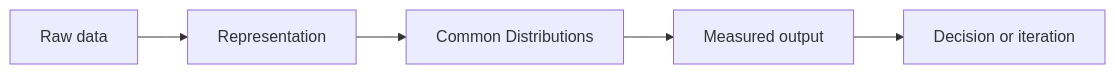
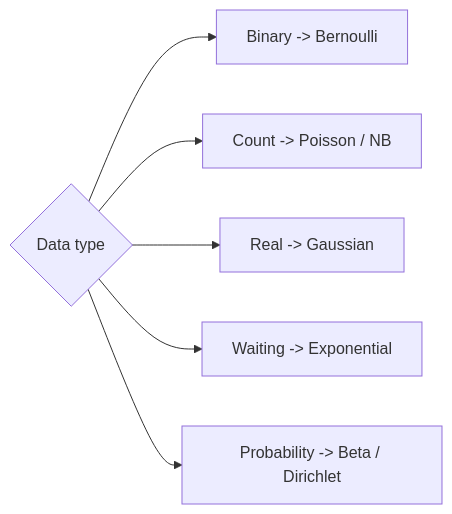
The diagram in statistics/03-common-distributions.md (Icon1cc/Machine-Learning), drawn with Mermaid before and after one commit. The commit also changed other lines of this file and 264 other files, not shown here.

````diff
--- a/statistics/03-common-distributions.md
+++ b/statistics/03-common-distributions.md
@@ -92,7 +68,8 @@
 ```mermaid
 flowchart LR
-    A[Raw data] --> B[Representation]
-    B --> C[Common Distributions]
-    C --> D[Measured output]
-    D --> E[Decision or iteration]
+    Type{Data type} --> Bin[Binary -> Bernoulli]
+    Type --> Cnt[Count -> Poisson / NB]
+    Type --> Real[Real -> Gaussian]
+    Type --> Time[Waiting -> Exponential]
+    Type --> Probs[Probability -> Beta / Dirichlet]
 ```
````
